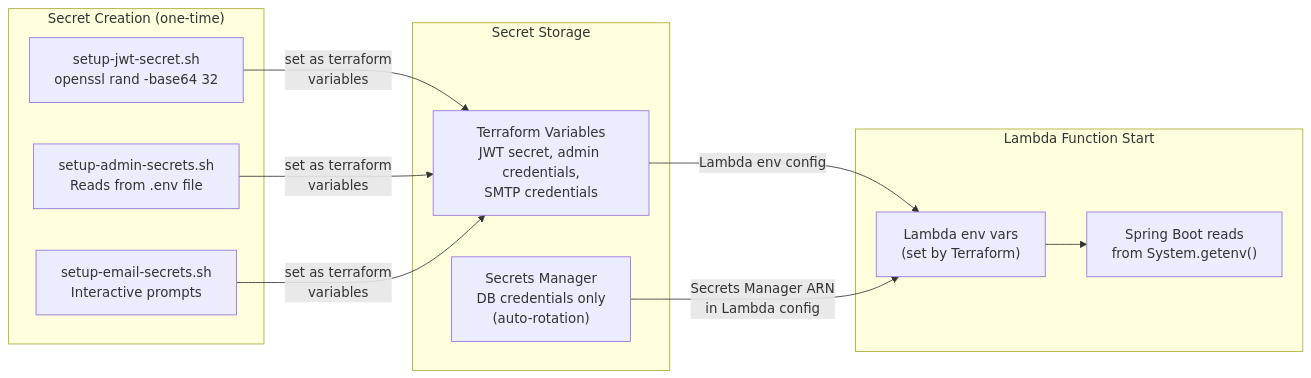
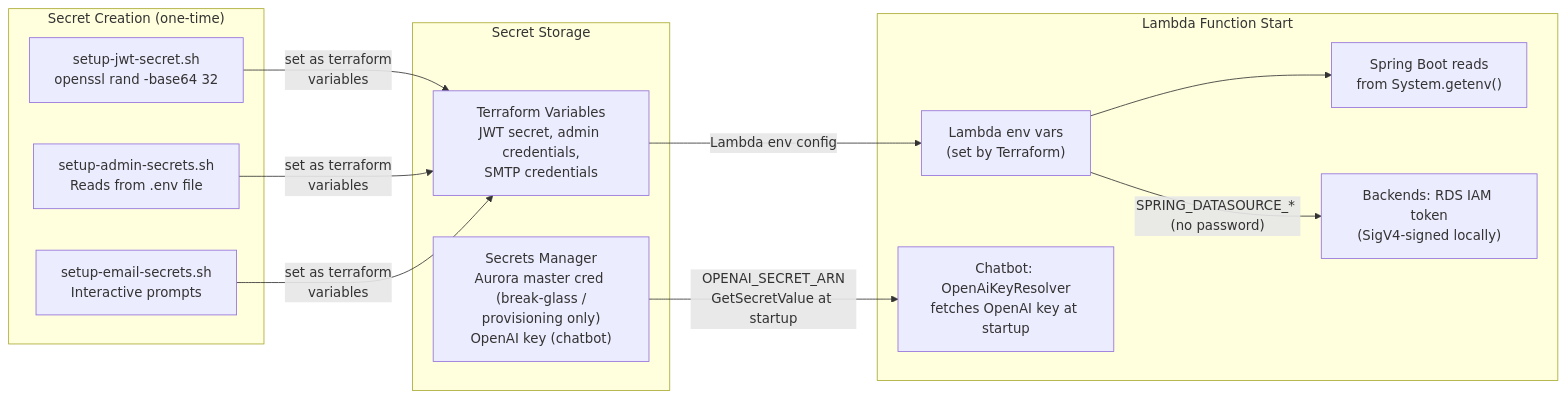
The fifth of 6 diagrams in portfolio-frontend/public/docs/DEVOPS_INFRASTRUCTURE.md (clark22134/MyPortfolioWebsite), drawn with Mermaid before and after one commit. The commit also changed other lines of this file and 39 other files, not shown here.

````diff
--- a/portfolio-frontend/public/docs/DEVOPS_INFRASTRUCTURE.md
+++ b/portfolio-frontend/public/docs/DEVOPS_INFRASTRUCTURE.md
@@ -632,23 +632,26 @@
 ```mermaid
 graph LR
     subgraph Creation["Secret Creation (one-time)"]
         S1["setup-jwt-secret.sh<br/>openssl rand -base64 32"]
         S2["setup-admin-secrets.sh<br/>Reads from .env file"]
         S3["setup-email-secrets.sh<br/>Interactive prompts"]
     end
 
     subgraph Storage["Secret Storage"]
         TFV["Terraform Variables<br/>JWT secret, admin credentials,<br/>SMTP credentials"]
-        SM["Secrets Manager<br/>DB credentials only<br/>(auto-rotation)"]
+        SM["Secrets Manager<br/>Aurora master cred (break-glass /<br/>provisioning only)<br/>OpenAI key (chatbot)"]
     end
 
     subgraph Runtime["Lambda Function Start"]
         LEnv["Lambda env vars<br/>(set by Terraform)"]
         App["Spring Boot reads<br/>from System.getenv()"]
+        IAM["Backends: RDS IAM token<br/>(SigV4-signed locally)"]
+        Resolver["Chatbot: OpenAiKeyResolver<br/>fetches OpenAI key at startup"]
     end
 
     S1 & S2 & S3 -->|set as terraform<br/>variables| TFV
     TFV -->|Lambda env config| LEnv
-    SM -->|Secrets Manager ARN<br/>in Lambda config| LEnv
     LEnv --> App
+    LEnv -->|"SPRING_DATASOURCE_* (no password)"| IAM
+    SM -->|OPENAI_SECRET_ARN<br/>GetSecretValue at startup| Resolver
 ```
````
